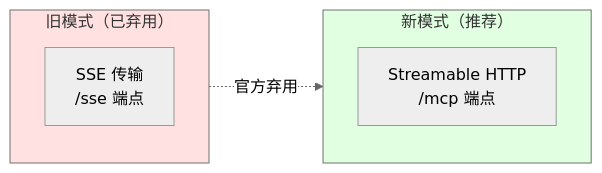
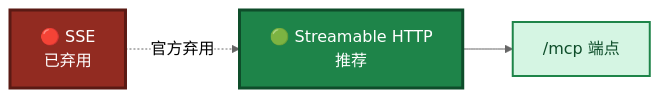
One commit to PassByYou888/LingoFuse-pasAgent changed diagram 14 of 16 in LingoFuse_Python_Binding_Migration_Record.md. Above: the diagram before and after it, drawn with Mermaid (neutral theme). The commit also changed other lines of this file, not shown here.

````diff
--- a/LingoFuse_Python_Binding_Migration_Record.md
+++ b/LingoFuse_Python_Binding_Migration_Record.md
@@ -428,15 +448,9 @@
 ```mermaid
 flowchart LR
-    subgraph Legacy["旧模式（已弃用）"]
-        SSE["SSE 传输<br/>/sse 端点"]
-    end
+    A["🔴 SSE<br/>已弃用"] -.->|"官方弃用"| B["🟢 Streamable HTTP<br/>推荐"]
+    B --> C["/mcp 端点"]
 
-    subgraph Modern["新模式（推荐）"]
-        HTTP["Streamable HTTP<br/>/mcp 端点"]
-    end
-
-    Legacy -.->|官方弃用| Modern
-
-    style Legacy fill:#ffe1e1
-    style Modern fill:#e1ffe1
+    style A fill:#922B21,stroke:#5A1A14,stroke-width:3px,color:#FFFFFF
+    style B fill:#1E8449,stroke:#0E4D2A,stroke-width:3px,color:#FFFFFF
+    style C fill:#D5F5E3,stroke:#1E8449,stroke-width:2px,color:#0E4D2A
 ```
````
